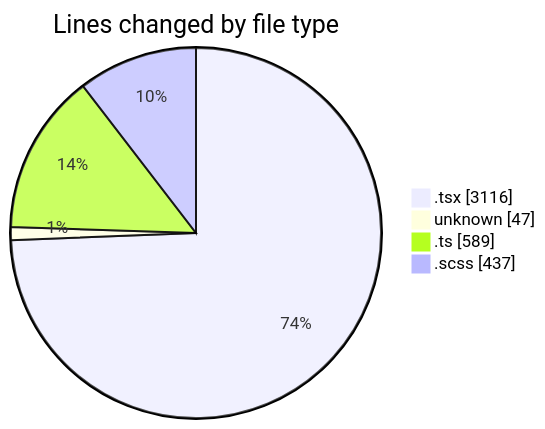
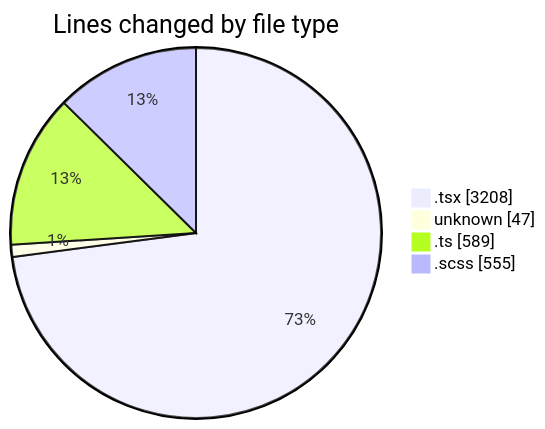
Before and after one commit to momahboobian/code-tracking: the first of 2 diagrams in 2025-09-18/cda/README.md, drawn with Mermaid. The commit also changed other lines of this file and 1 other file, not shown here.

````diff
--- a/2025-09-18/cda/README.md
+++ b/2025-09-18/cda/README.md
@@ -28,8 +28,8 @@
 ```mermaid
 pie showData
 title Lines changed by file type
-".tsx" : 3116
+".tsx" : 3208
 "unknown" : 47
 ".ts" : 589
-".scss" : 437
+".scss" : 555
 ```
````
